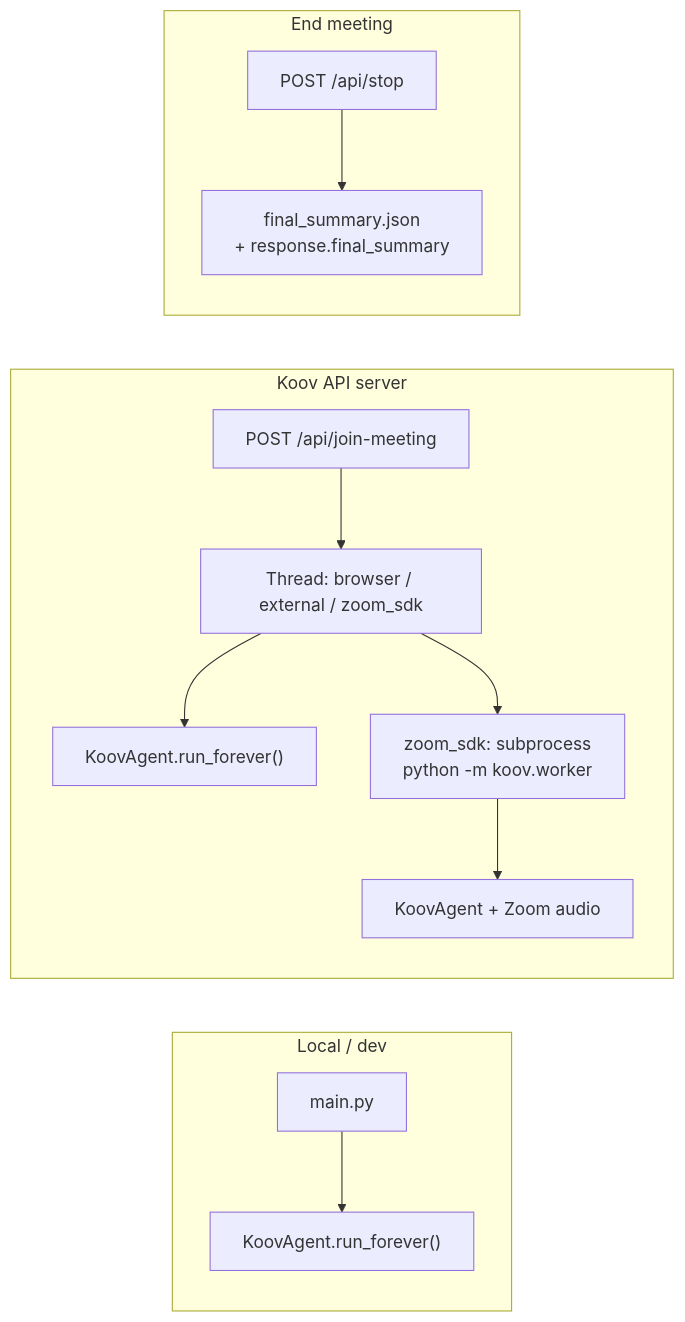
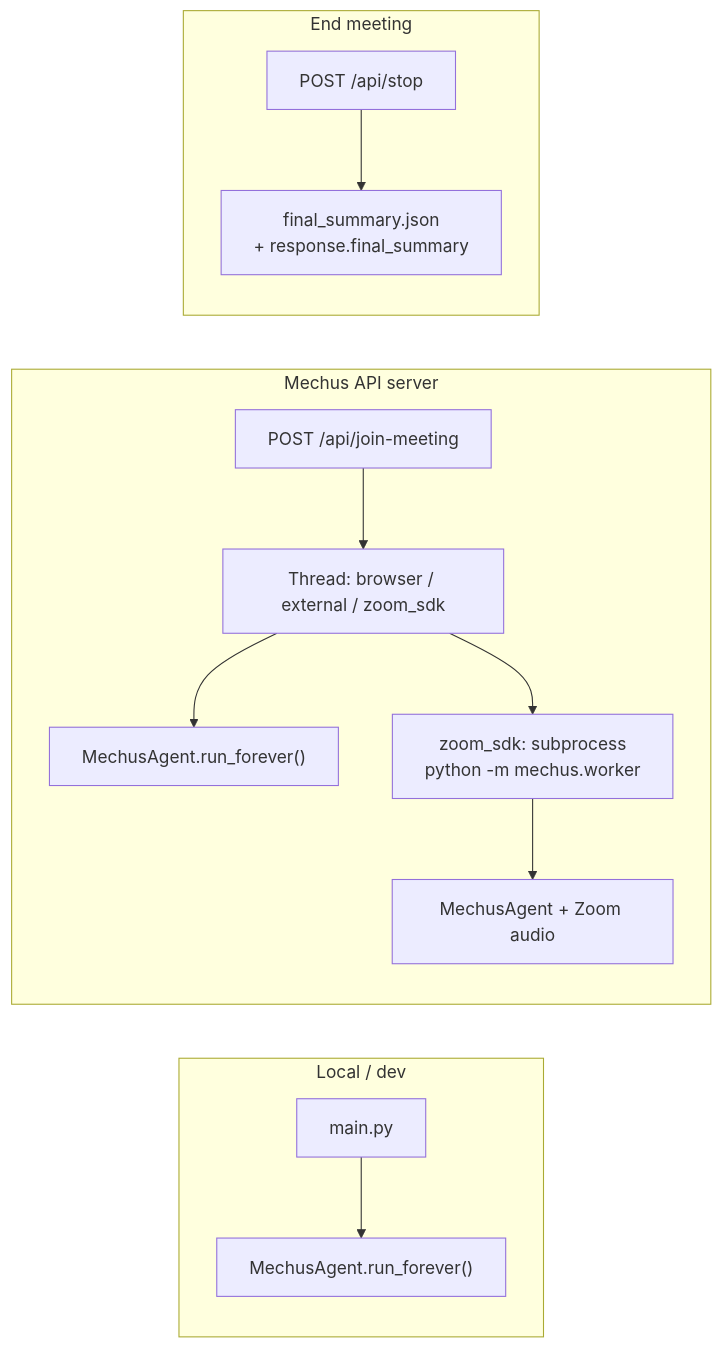
The first of 6 diagrams in docs/ARCHITECTURE_MAP.md (Odey340/Mechus), drawn with Mermaid before and after one commit. The commit also changed other lines of this file and 456 other files, not shown here.

First line of the commit message:
Rename koov to mechus everywhere

````diff
--- a/docs/ARCHITECTURE_MAP.md
+++ b/docs/ARCHITECTURE_MAP.md
@@ -9,18 +9,18 @@
 ```mermaid
 flowchart LR
   subgraph local["Local / dev"]
     M["main.py"]
-    M --> A["KoovAgent.run_forever()"]
+    M --> A["MechusAgent.run_forever()"]
   end
-  subgraph api["Koov API server"]
+  subgraph api["Mechus API server"]
     J["POST /api/join-meeting"]
     J --> T["Thread: browser / external / zoom_sdk"]
-    T --> A2["KoovAgent.run_forever()"]
-    T --> W["zoom_sdk: subprocess\npython -m koov.worker"]
-    W --> A3["KoovAgent + Zoom audio"]
+    T --> A2["MechusAgent.run_forever()"]
+    T --> W["zoom_sdk: subprocess\npython -m mechus.worker"]
+    W --> A3["MechusAgent + Zoom audio"]
   end
   subgraph stop["End meeting"]
     S["POST /api/stop"]
     S --> FS["final_summary.json\n+ response.final_summary"]
   end
 ```
````
